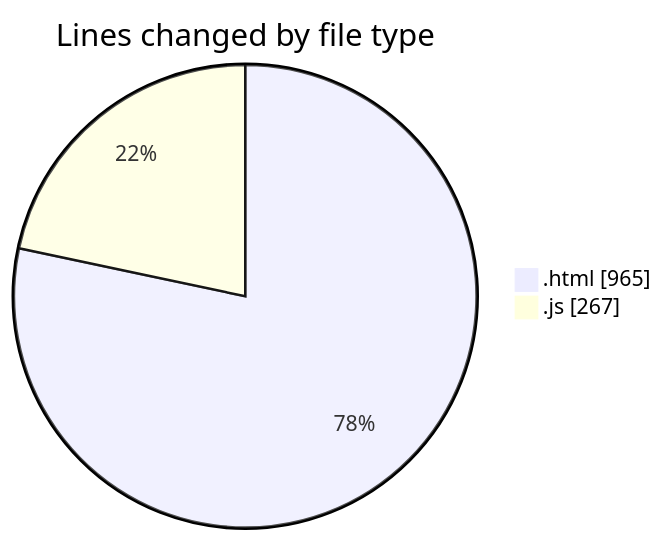
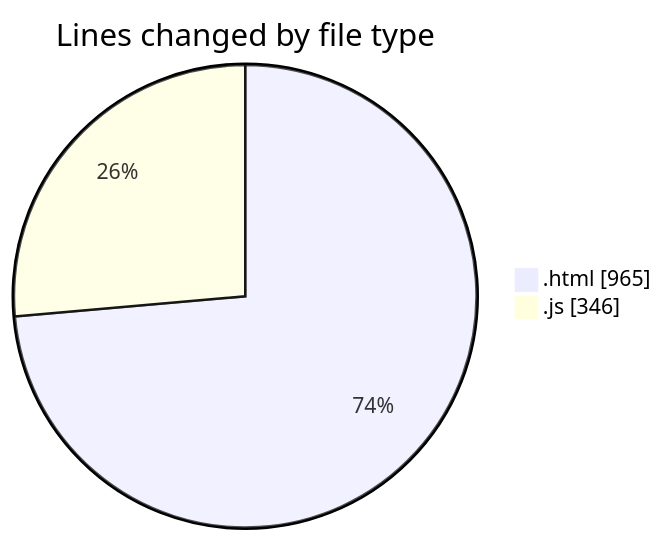
The first of 2 diagrams in 2025-09-13/new_folder/README.md (IJAZ3593/code-tracking), drawn with Mermaid before and after one commit. The commit also changed other lines of this file and 1 other file, not shown here.

````diff
--- a/2025-09-13/new_folder/README.md
+++ b/2025-09-13/new_folder/README.md
@@ -26,6 +26,6 @@
 ```mermaid
 pie showData
 title Lines changed by file type
 ".html" : 965
-".js" : 267
+".js" : 346
 ```
````
